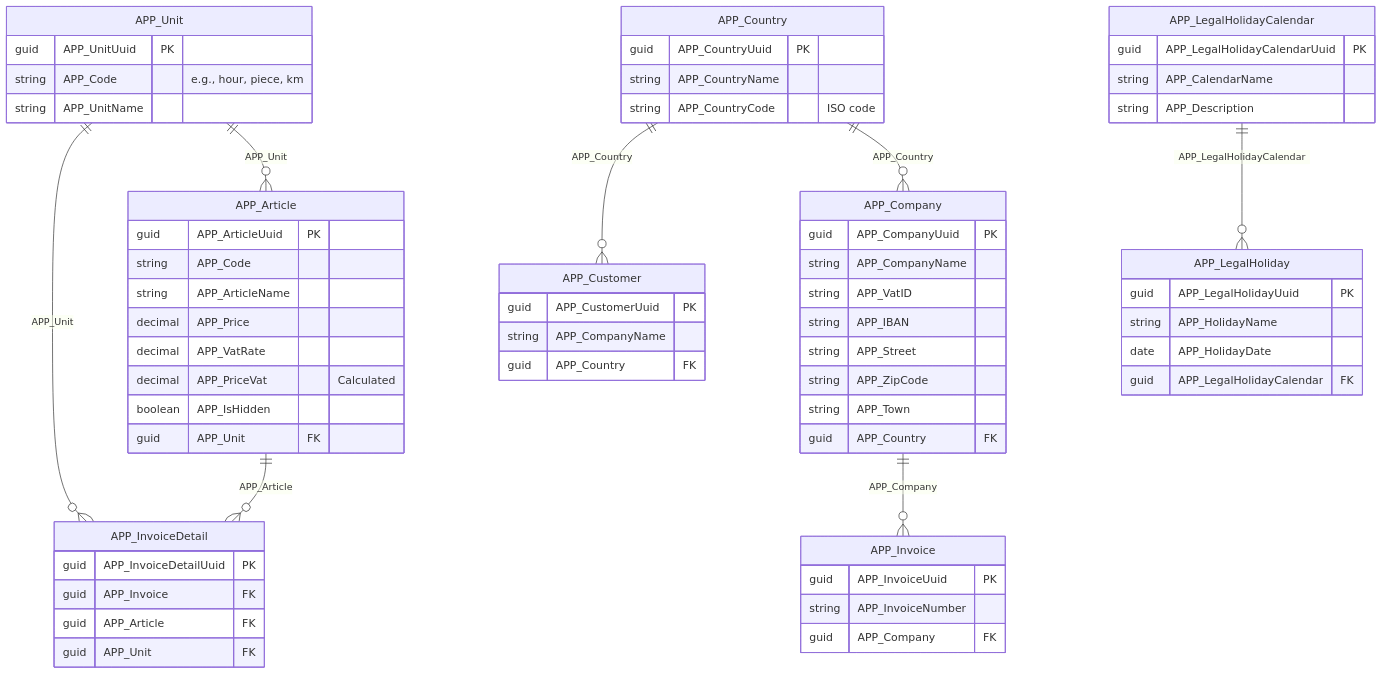
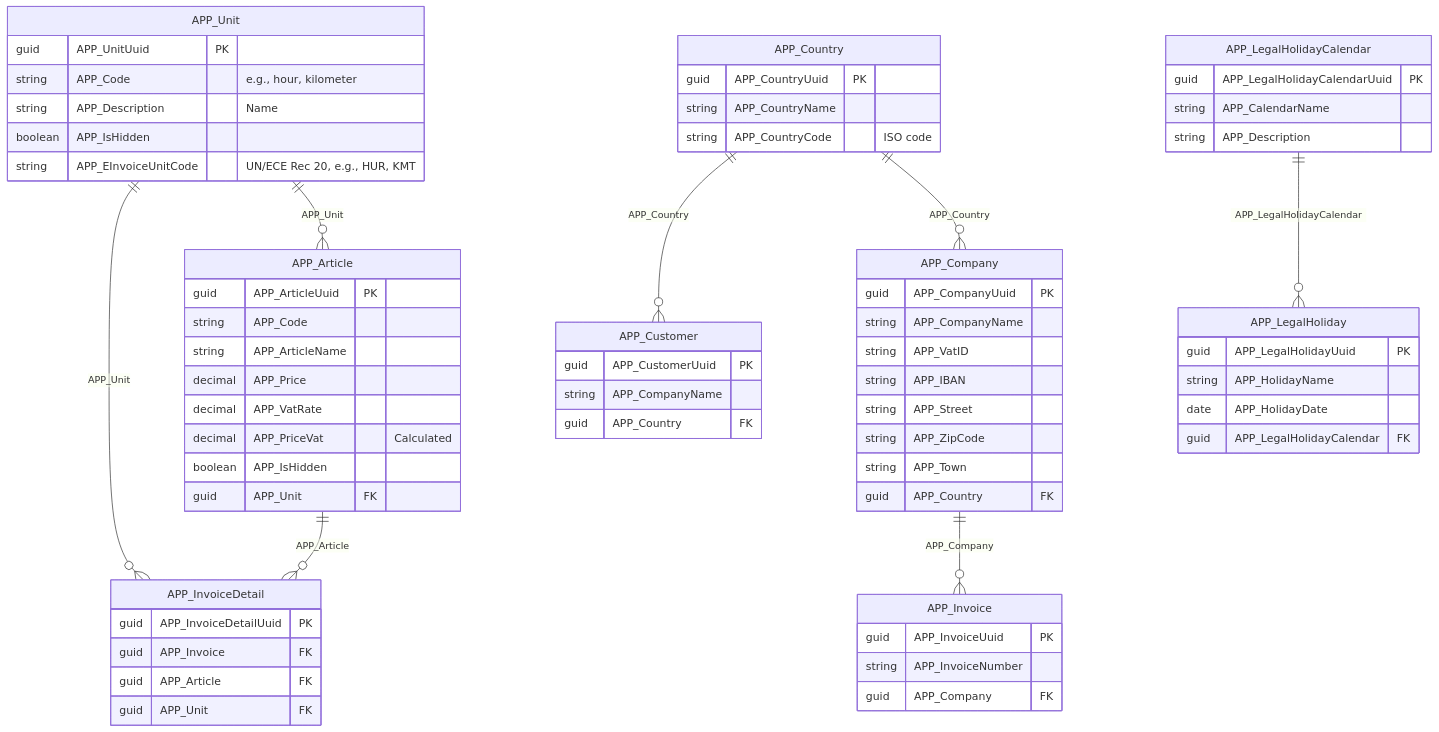
One commit to software-architects/time-cockpit-documentation changed the fourth of 4 diagrams in doc/data-model/entity-relationships.md. Above: the diagram before and after it, drawn with Mermaid. The commit also changed other lines of this file and 9 other files, not shown here.

````diff
--- a/doc/data-model/entity-relationships.md
+++ b/doc/data-model/entity-relationships.md
@@ -356,76 +358,78 @@
 ```mermaid
 erDiagram
     APP_Company ||--o{ APP_Invoice : "APP_Company"
     APP_Article ||--o{ APP_InvoiceDetail : "APP_Article"
     APP_Unit ||--o{ APP_InvoiceDetail : "APP_Unit"
     APP_Unit ||--o{ APP_Article : "APP_Unit"
     APP_Country ||--o{ APP_Customer : "APP_Country"
     APP_Country ||--o{ APP_Company : "APP_Country"
     APP_LegalHolidayCalendar ||--o{ APP_LegalHoliday : "APP_LegalHolidayCalendar"
     
     APP_Company {
         guid APP_CompanyUuid PK
         string APP_CompanyName
         string APP_VatID
         string APP_IBAN
         string APP_Street
         string APP_ZipCode
         string APP_Town
         guid APP_Country FK
     }
     
     APP_Article {
         guid APP_ArticleUuid PK
         string APP_Code
         string APP_ArticleName
         decimal APP_Price
         decimal APP_VatRate
         decimal APP_PriceVat "Calculated"
         boolean APP_IsHidden
         guid APP_Unit FK
     }
     
     APP_Unit {
         guid APP_UnitUuid PK
-        string APP_Code "e.g., hour, piece, km"
-        string APP_UnitName
+        string APP_Code "e.g., hour, kilometer"
+        string APP_Description "Name"
+        boolean APP_IsHidden
+        string APP_EInvoiceUnitCode "UN/ECE Rec 20, e.g., HUR, KMT"
     }
     
     APP_Country {
         guid APP_CountryUuid PK
         string APP_CountryName
         string APP_CountryCode "ISO code"
     }
     
     APP_LegalHolidayCalendar {
         guid APP_LegalHolidayCalendarUuid PK
         string APP_CalendarName
         string APP_Description
     }
     
     APP_LegalHoliday {
         guid APP_LegalHolidayUuid PK
         string APP_HolidayName
         date APP_HolidayDate
         guid APP_LegalHolidayCalendar FK
     }
 
     APP_Customer {
         guid APP_CustomerUuid PK
         string APP_CompanyName
         guid APP_Country FK
     }
 
     APP_Invoice {
         guid APP_InvoiceUuid PK
         string APP_InvoiceNumber
         guid APP_Company FK
     }
 
     APP_InvoiceDetail {
         guid APP_InvoiceDetailUuid PK
         guid APP_Invoice FK
         guid APP_Article FK
         guid APP_Unit FK
     }
 ```
````
